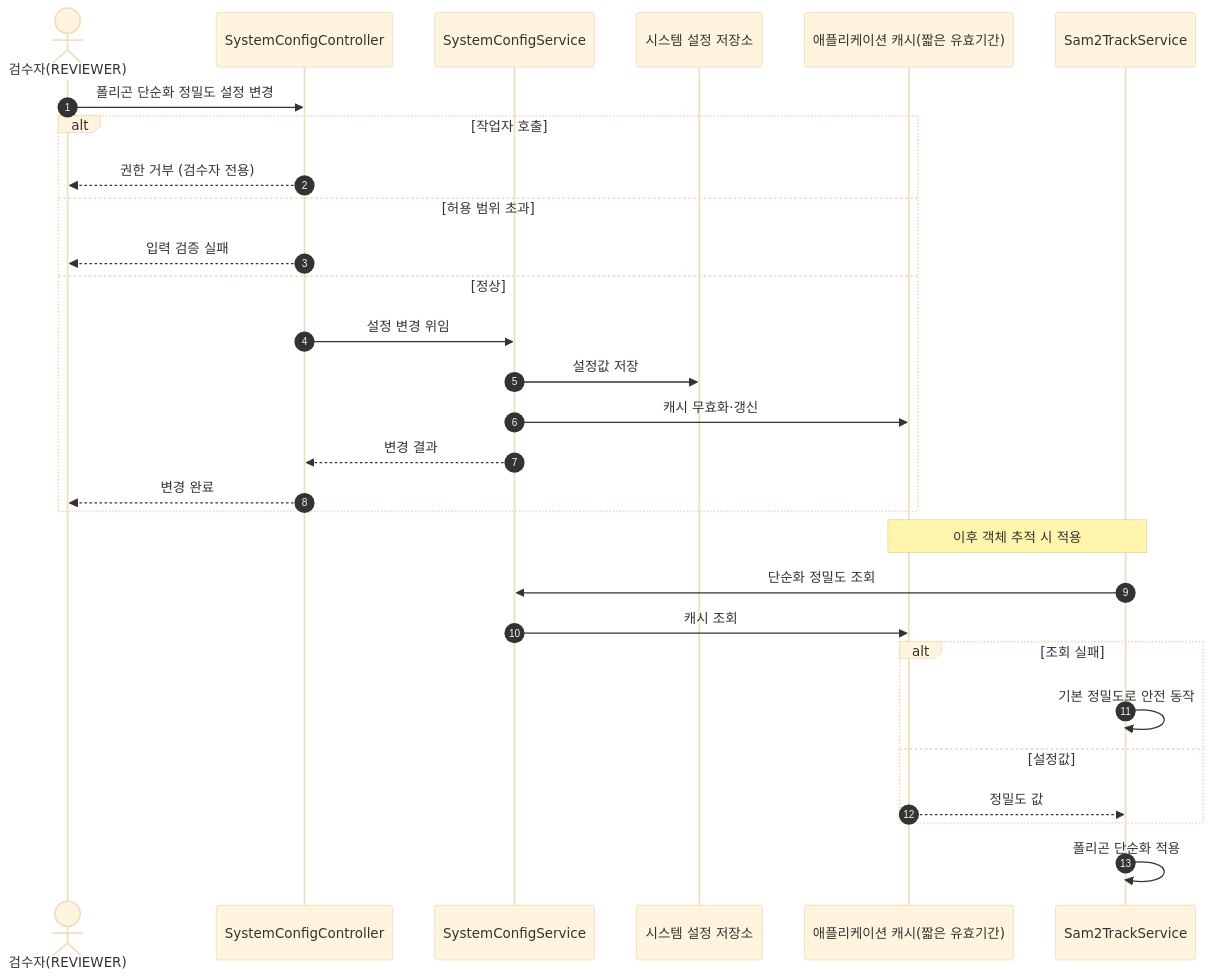
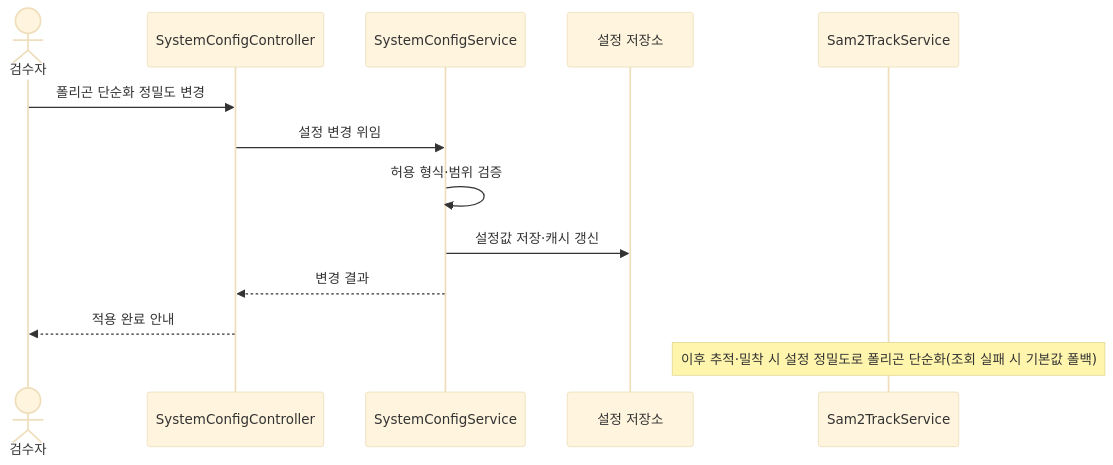
Before and after one commit to New-stella/klid-label: the sixth of 36 diagrams in docs/design/D1-클래스설계서.md, drawn with Mermaid (base theme). The commit also changed other lines of this file and 7 other files, not shown here.

````diff
--- a/docs/design/D1-클래스설계서.md
+++ b/docs/design/D1-클래스설계서.md
@@ -448,31 +374,15 @@
 ```mermaid
 sequenceDiagram
-    autonumber
-    actor RV as 검수자(REVIEWER)
-    participant SCC as SystemConfigController
-    participant SCS as SystemConfigService
-    participant DB as 시스템 설정 저장소
-    participant CA as 애플리케이션 캐시(짧은 유효기간)
-    participant STS as Sam2TrackService
-    RV->>SCC: 폴리곤 단순화 정밀도 설정 변경
-    alt 작업자 호출
-        SCC-->>RV: 권한 거부 (검수자 전용)
-    else 허용 범위 초과
-        SCC-->>RV: 입력 검증 실패
-    else 정상
-        SCC->>SCS: 설정 변경 위임
-        SCS->>DB: 설정값 저장
-        SCS->>CA: 캐시 무효화·갱신
-        SCS-->>SCC: 변경 결과
-        SCC-->>RV: 변경 완료
-    end
-    Note over STS,CA: 이후 객체 추적 시 적용
-    STS->>SCS: 단순화 정밀도 조회
-    SCS->>CA: 캐시 조회
-    alt 조회 실패
-        STS->>STS: 기본 정밀도로 안전 동작
-    else 설정값
-        CA-->>STS: 정밀도 값
-    end
-    STS->>STS: 폴리곤 단순화 적용
+    actor REVIEWER as 검수자
+    participant C as SystemConfigController
+    participant S as SystemConfigService
+    participant D as 설정 저장소
+    participant T as Sam2TrackService
+    REVIEWER->>C: 폴리곤 단순화 정밀도 변경
+    C->>S: 설정 변경 위임
+    S->>S: 허용 형식·범위 검증
+    S->>D: 설정값 저장·캐시 갱신
+    S-->>C: 변경 결과
+    C-->>REVIEWER: 적용 완료 안내
+    Note over T: 이후 추적·밀착 시 설정 정밀도로 폴리곤 단순화(조회 실패 시 기본값 폴백)
 ```
````
